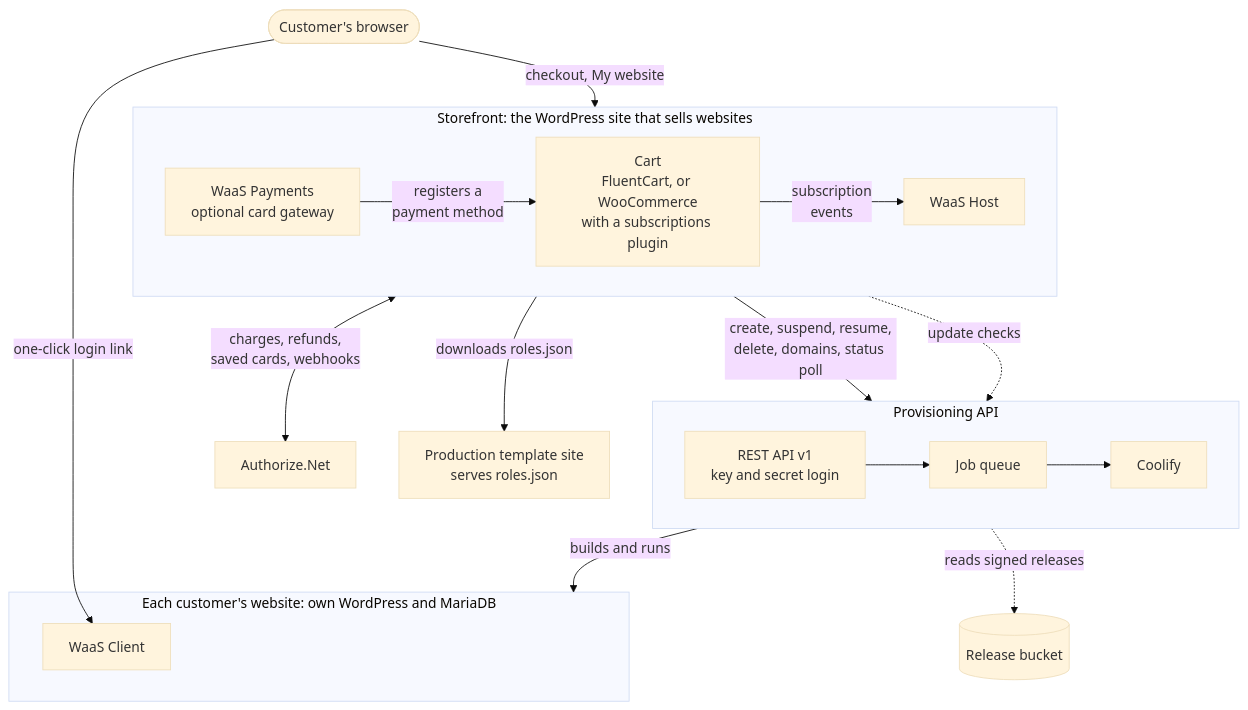
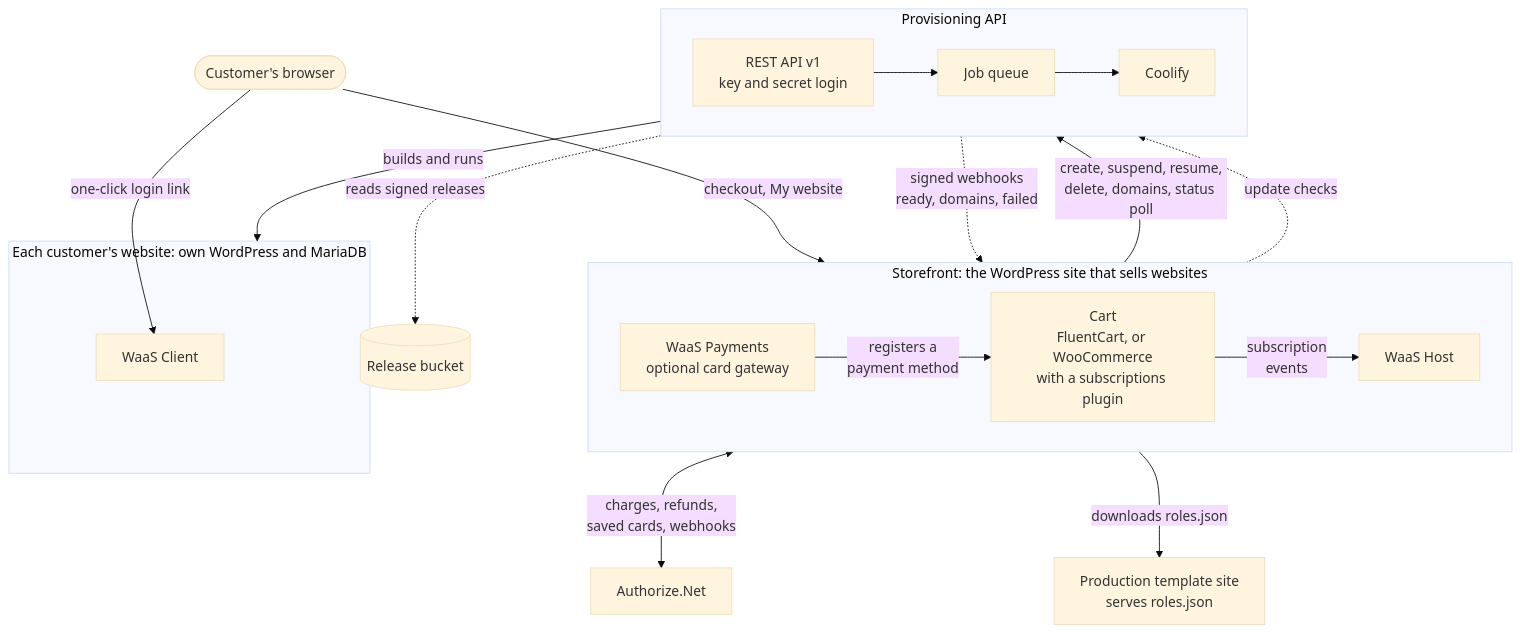
Before and after one commit to otaku-solutions/anypress-plugins: the first of 5 diagrams in docs/architecture/README.md, drawn with Mermaid (base theme). The commit also changed other lines of this file and 16 other files, not shown here.

First line of the commit message:
WaaS Host: receive the API's webhooks instead of fast polling (waas-348) (#70)

````diff
--- a/docs/architecture/README.md
+++ b/docs/architecture/README.md
@@ -16,36 +16,37 @@
 ```mermaid
 flowchart TB
   BUY(["Customer's browser"])
 
   subgraph SF["Storefront: the WordPress site that sells websites"]
     direction LR
     PAY["WaaS Payments<br/>optional card gateway"]
     CART["Cart<br/>FluentCart, or WooCommerce<br/>with a subscriptions plugin"]
     HOST["WaaS Host"]
     PAY -->|"registers a<br/>payment method"| CART
     CART -->|"subscription<br/>events"| HOST
   end
 
   ANET["Authorize.Net"]
   TPL["Production template site<br/>serves roles.json"]
 
   subgraph API["Provisioning API"]
     direction LR
     REST["REST API v1<br/>key and secret login"] --> QUEUE["Job queue"] --> COOL["Coolify"]
   end
 
   R2[("Release bucket")]
 
   subgraph STORE["Each customer's website: own WordPress and MariaDB"]
     CLIENT["WaaS Client"]
   end
 
   BUY -->|"checkout, My website"| CART
   BUY -->|"one-click login link"| CLIENT
   PAY <-->|"charges, refunds,<br/>saved cards, webhooks"| ANET
   HOST -->|"create, suspend, resume,<br/>delete, domains, status poll"| REST
+  REST -.->|"signed webhooks<br/>ready, domains, failed"| HOST
   HOST -->|"downloads roles.json"| TPL
   COOL -->|"builds and runs"| STORE
   HOST -.->|"update checks"| REST
   REST -.->|"reads signed releases"| R2
 ```
````
